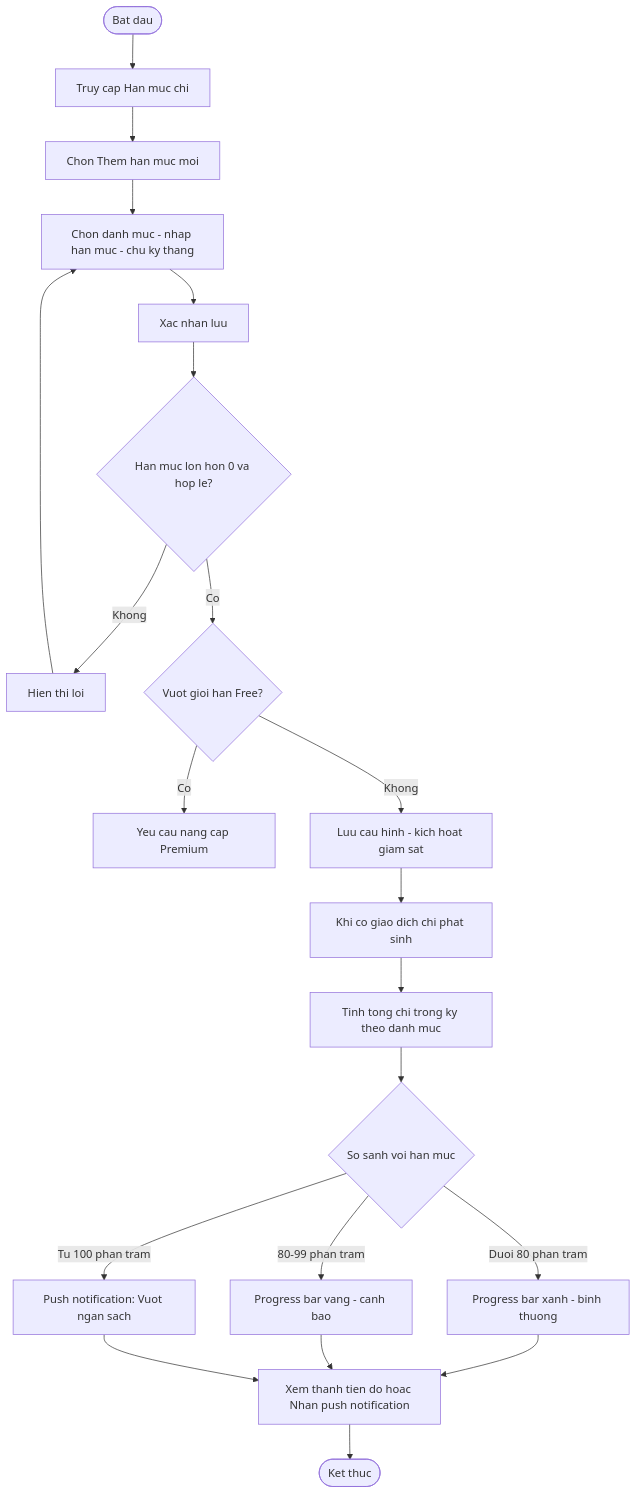
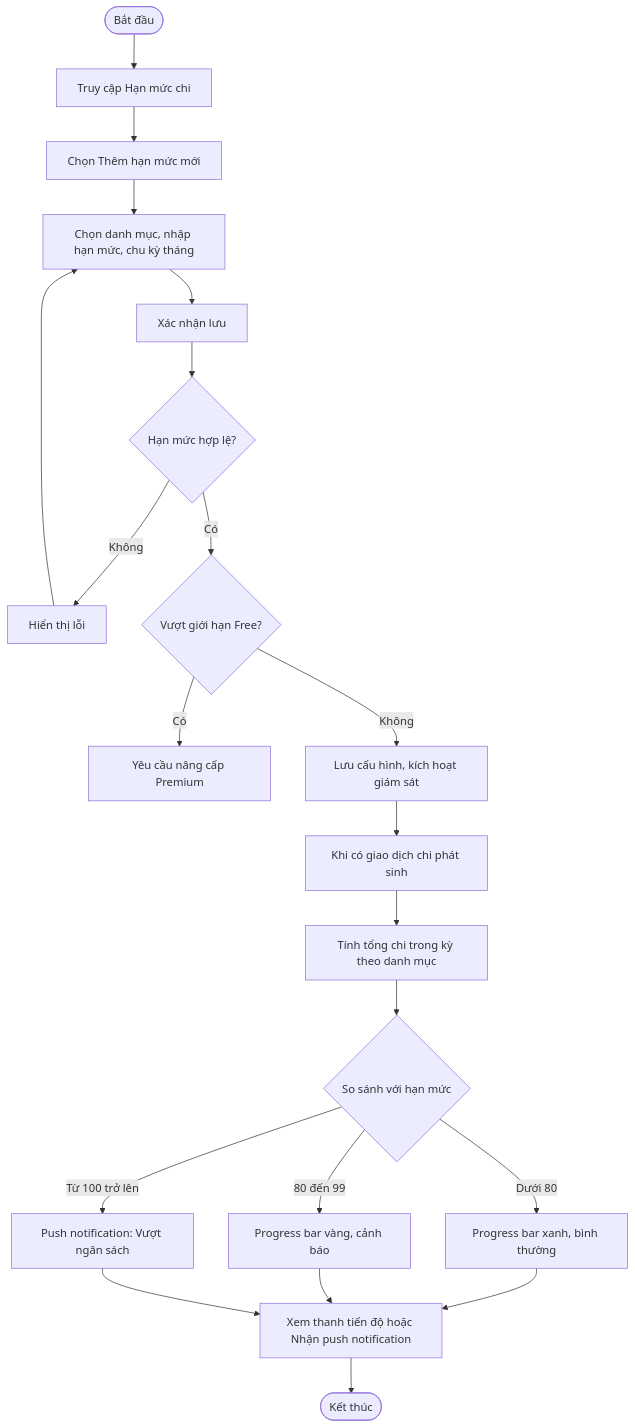
The sixth of 10 diagrams in Nghiên cứu MISA MoneyKeeper.md (Hieu-vn/Graduation-Thesis), drawn with Mermaid before and after one commit. The commit also changed other lines of this file, not shown here.

````diff
--- a/Nghiên cứu MISA MoneyKeeper.md
+++ b/Nghiên cứu MISA MoneyKeeper.md
@@ -182,22 +182,22 @@
 ```mermaid
 flowchart TD
-    A([Bat dau]) --> B[Truy cap Han muc chi]
-    B --> C[Chon Them han muc moi]
-    C --> D[Chon danh muc - nhap han muc - chu ky thang]
-    D --> E[Xac nhan luu]
-    E --> F{Han muc lon hon 0 va hop le?}
-    F -->|Khong| F2[Hien thi loi] --> D
-    F -->|Co| G{Vuot gioi han Free?}
-    G -->|Co| G2[Yeu cau nang cap Premium]
-    G -->|Khong| H[Luu cau hinh - kich hoat giam sat]
-    H --> I[Khi co giao dich chi phat sinh]
-    I --> I2[Tinh tong chi trong ky theo danh muc]
-    I2 --> J{So sanh voi han muc}
-    J -->|Duoi 80 phan tram| J1[Progress bar xanh - binh thuong]
-    J -->|80-99 phan tram| J2[Progress bar vang - canh bao]
-    J -->|Tu 100 phan tram| J3[Push notification: Vuot ngan sach]
-    J1 --> K[Xem thanh tien do hoac Nhan push notification]
+    A([Bắt đầu]) --> B[Truy cập Hạn mức chi]
+    B --> C[Chọn Thêm hạn mức mới]
+    C --> D[Chọn danh mục, nhập hạn mức, chu kỳ tháng]
+    D --> E[Xác nhận lưu]
+    E --> F{Hạn mức hợp lệ?}
+    F -->|Không| F2[Hiển thị lỗi] --> D
+    F -->|Có| G{Vượt giới hạn Free?}
+    G -->|Có| G2[Yêu cầu nâng cấp Premium]
+    G -->|Không| H[Lưu cấu hình, kích hoạt giám sát]
+    H --> I[Khi có giao dịch chi phát sinh]
+    I --> I2[Tính tổng chi trong kỳ theo danh mục]
+    I2 --> J{So sánh với hạn mức}
+    J -->|Dưới 80| J1[Progress bar xanh, bình thường]
+    J -->|80 đến 99| J2[Progress bar vàng, cảnh báo]
+    J -->|Từ 100 trở lên| J3[Push notification: Vượt ngân sách]
+    J1 --> K[Xem thanh tiến độ hoặc Nhận push notification]
     J2 --> K
     J3 --> K
-    K --> L([Ket thuc])
+    K --> L([Kết thúc])
 ```
````
